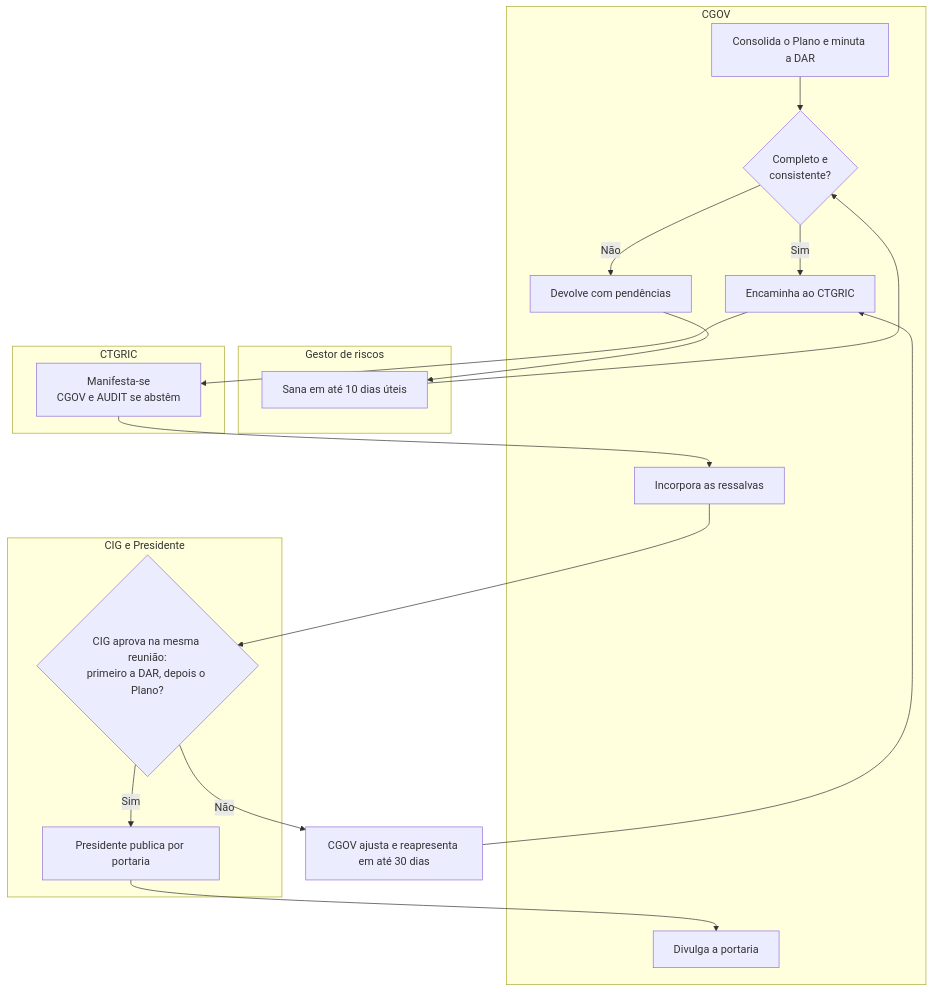
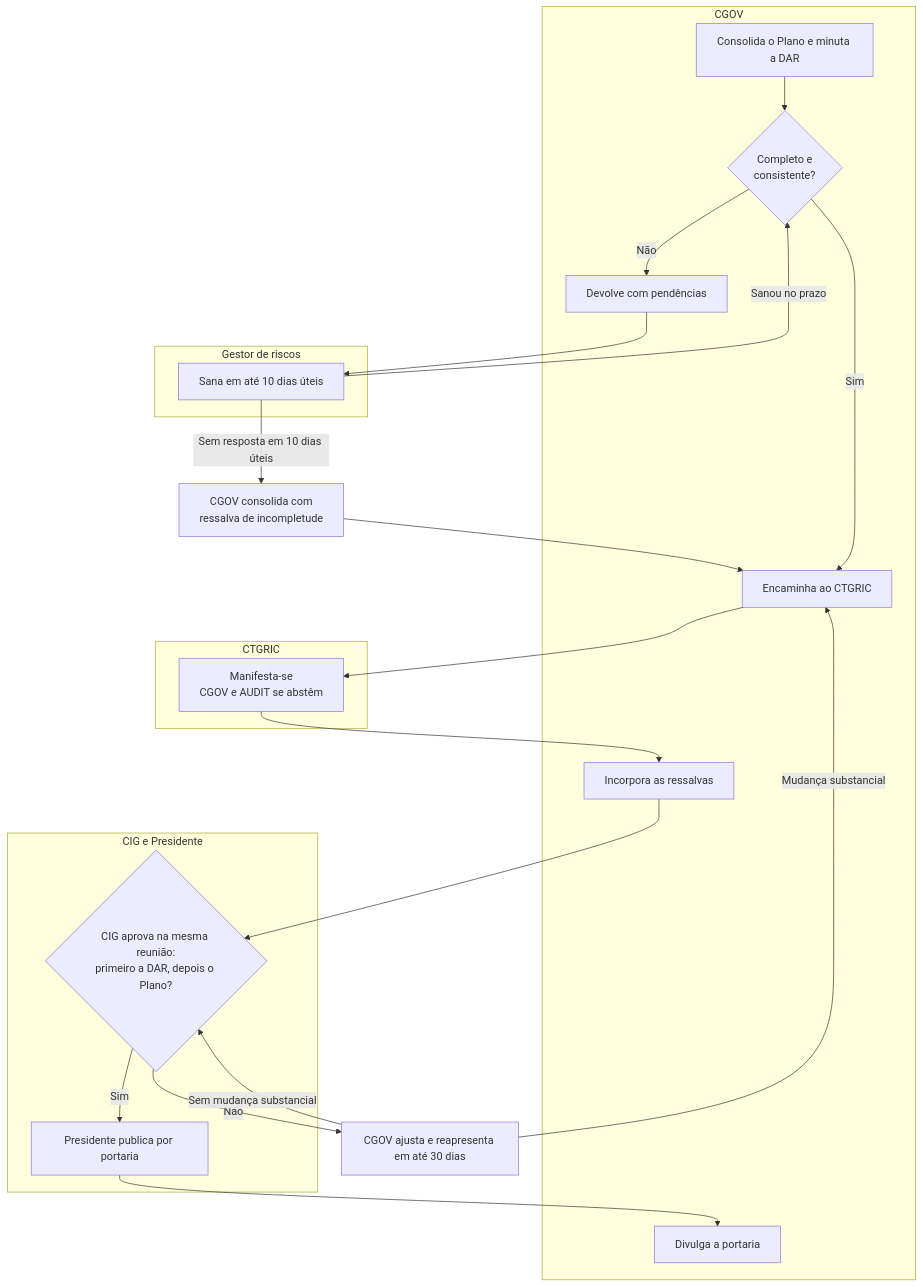
The third of 3 diagrams in docs/50-nivel5-software/uml-02-atividades.md (lpchagas/cgov-riscos), drawn with Mermaid before and after one commit. The commit also changed other lines of this file and 5 other files, not shown here.

````diff
--- a/docs/50-nivel5-software/uml-02-atividades.md
+++ b/docs/50-nivel5-software/uml-02-atividades.md
@@ -83,27 +92,31 @@
 ```mermaid
 flowchart TD
   subgraph CGOV[CGOV]
     cons[Consolida o Plano e minuta a DAR]
     ver{Completo e<br/>consistente?}
     dev[Devolve com pendências]
     enc[Encaminha ao CTGRIC]
     inc[Incorpora as ressalvas]
     pub[Divulga a portaria]
   end
   subgraph GESTOR[Gestor de riscos]
     san[Sana em até 10 dias úteis]
   end
   subgraph CTG[CTGRIC]
     man[Manifesta-se<br/>CGOV e AUDIT se abstêm]
   end
   subgraph CIGp[CIG e Presidente]
     del{CIG aprova na mesma reunião:<br/>primeiro a DAR, depois o Plano?}
     por[Presidente publica por portaria]
   end
   cons --> ver
-  ver -->|Não| dev --> san --> ver
+  ver -->|Não| dev --> san
+  san -->|Sanou no prazo| ver
+  san -->|Sem resposta em 10 dias úteis| res[CGOV consolida com<br/>ressalva de incompletude]
+  res --> enc
   ver -->|Sim| enc --> man --> inc --> del
   del -->|Sim| por --> pub
   del -->|Não| aj[CGOV ajusta e reapresenta em até 30 dias]
-  aj --> enc
+  aj -->|Mudança substancial| enc
+  aj -->|Sem mudança substancial| del
 ```
````
